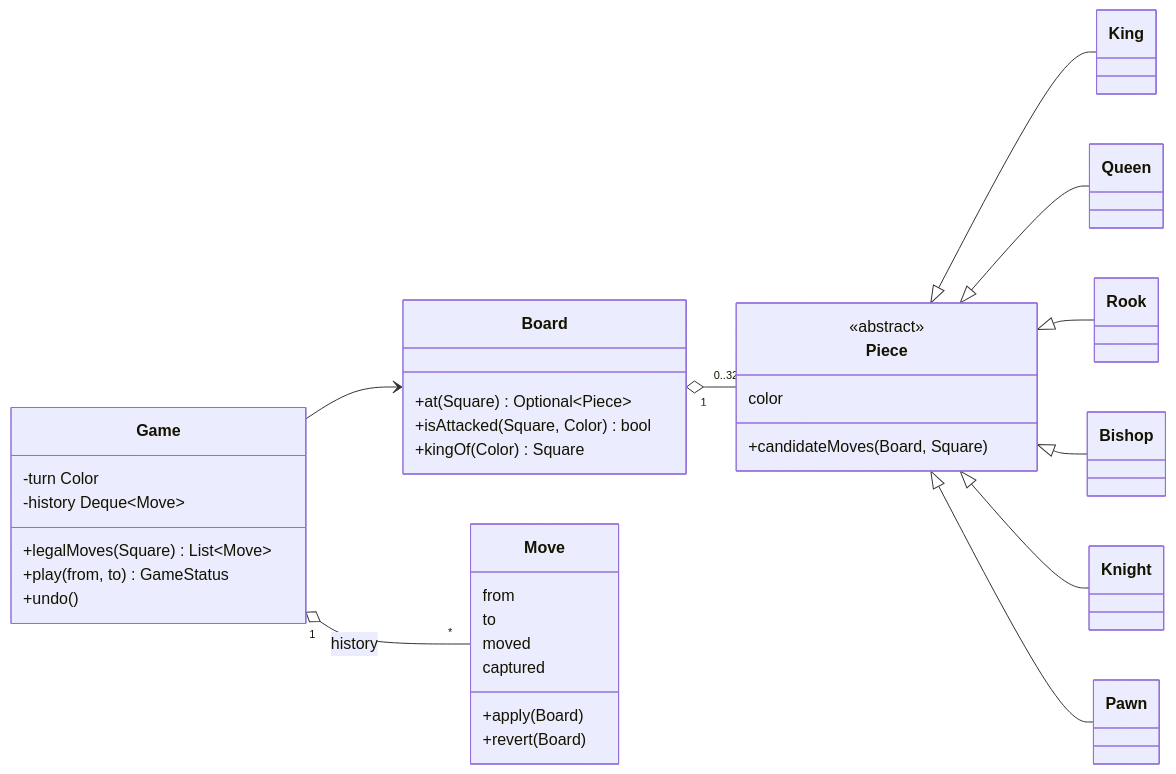
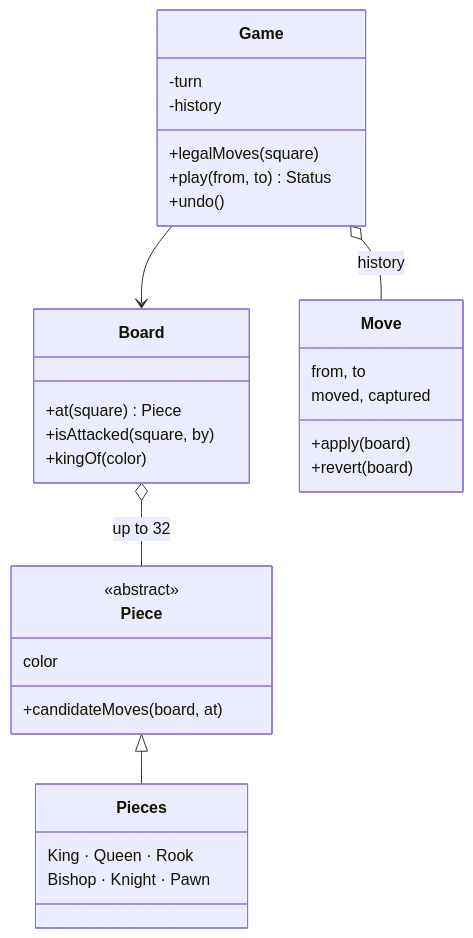
Before and after one commit to dhaval-76/engineering-field-guide: the diagram in src/content/topics/low-level-design/chess/diagrams/chess-classes.mmd, drawn with Mermaid. The commit also changed 90 other files, not shown here.

Commit message:
LLD diagrams: vertical layouts, collapsed families and trimmed members so class, state and ER diagrams fit phones

```diff
--- a/src/content/topics/low-level-design/chess/diagrams/chess-classes.mmd
+++ b/src/content/topics/low-level-design/chess/diagrams/chess-classes.mmd
@@ -1,36 +1,33 @@
 classDiagram
-  direction LR
+  direction TB
   class Game {
-    -turn Color
-    -history Deque~Move~
-    +legalMoves(Square) List~Move~
-    +play(from, to) GameStatus
+    -turn
+    -history
+    +legalMoves(square)
+    +play(from, to) Status
     +undo()
   }
   class Board {
-    +at(Square) Optional~Piece~
-    +isAttacked(Square, Color) bool
-    +kingOf(Color) Square
+    +at(square) Piece
+    +isAttacked(square, by)
+    +kingOf(color)
+  }
+  class Move {
+    from, to
+    moved, captured
+    +apply(board)
+    +revert(board)
   }
   class Piece {
     <<abstract>>
     color
-    +candidateMoves(Board, Square)
+    +candidateMoves(board, at)
   }
-  class Move {
-    from
-    to
-    moved
-    captured
-    +apply(Board)
-    +revert(Board)
+  class Pieces {
+    King · Queen · Rook
+    Bishop · Knight · Pawn
   }
   Game --> Board
-  Game "1" o-- "*" Move : history
-  Board "1" o-- "0..32" Piece
-  Piece <|-- King
-  Piece <|-- Queen
-  Piece <|-- Rook
-  Piece <|-- Bishop
-  Piece <|-- Knight
-  Piece <|-- Pawn
+  Game o-- Move : history
+  Board o-- Piece : up to 32
+  Piece <|-- Pieces
```
